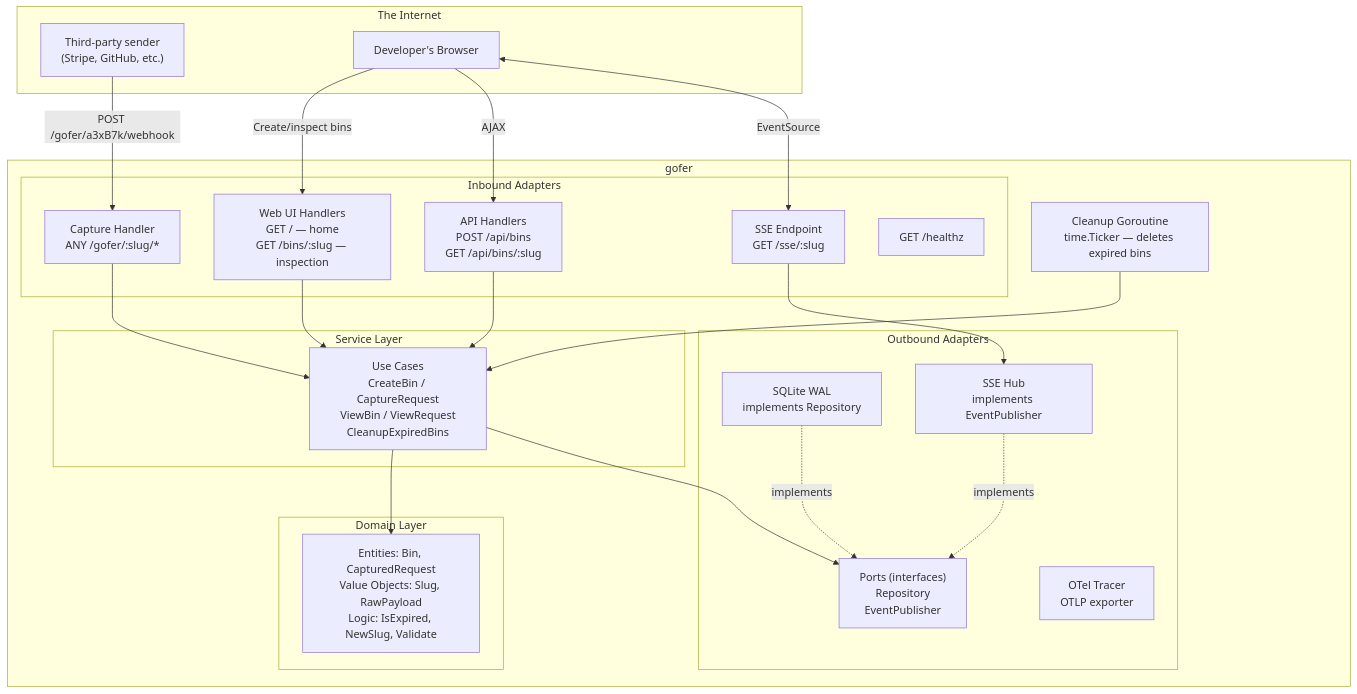
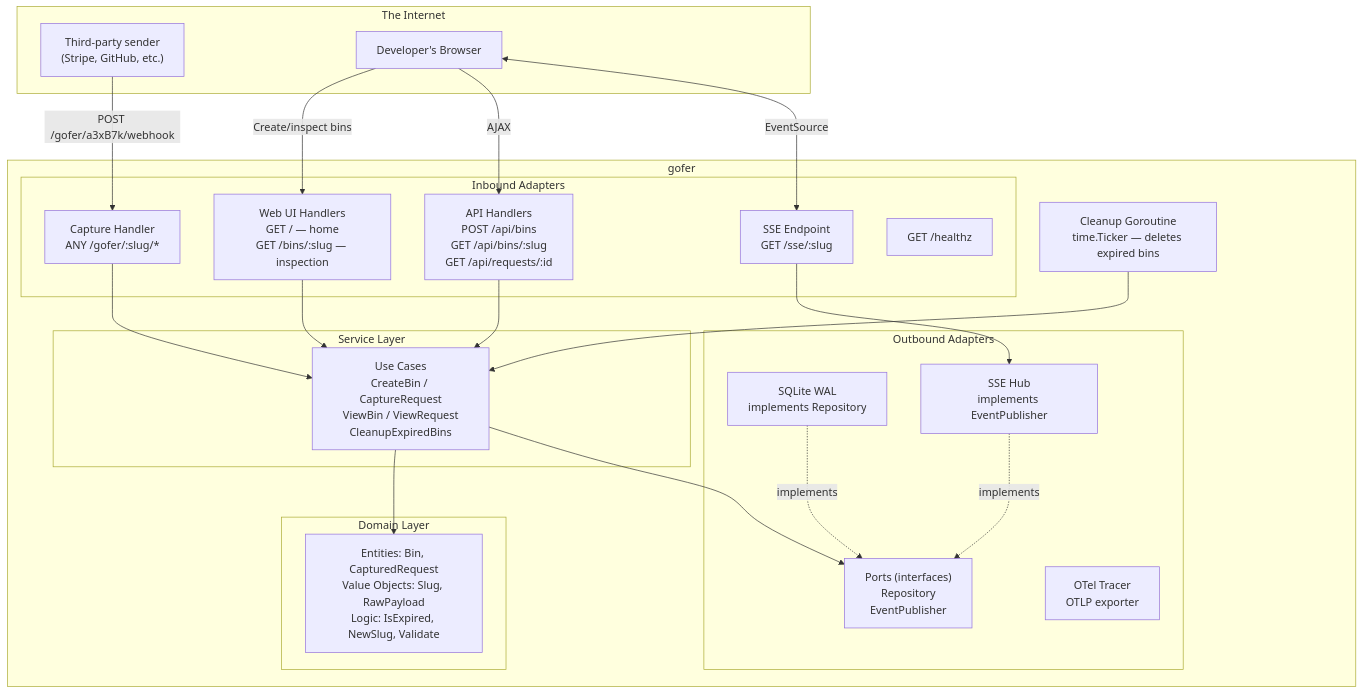
One commit to w-h-a/gofer changed the first of 2 diagrams in README.md. Above: the diagram before and after it, drawn with Mermaid.

Commit message:
docs: update README with missing api endpoint (#11)

````diff
--- a/README.md
+++ b/README.md
@@ -25,52 +25,52 @@
 ```mermaid
 graph TB
     subgraph "The Internet"
         STRIPE["Third-party sender<br/>(Stripe, GitHub, etc.)"]
         BROWSER["Developer's Browser"]
     end
 
     subgraph "gofer"
 
         subgraph "Inbound Adapters"
             WEB_UI["Web UI Handlers<br/>GET / — home<br/>GET /bins/:slug — inspection"]
-            API["API Handlers<br/>POST /api/bins<br/>GET /api/bins/:slug"]
+            API["API Handlers<br/>POST /api/bins<br/>GET /api/bins/:slug<br/>GET /api/requests/:id"]
             CAPTURE["Capture Handler<br/>ANY /gofer/:slug/*"]
             SSE_EP["SSE Endpoint<br/>GET /sse/:slug"]
             HEALTH["GET /healthz"]
         end
 
         subgraph "Service Layer"
             UC["Use Cases<br/>CreateBin / CaptureRequest<br/>ViewBin / ViewRequest<br/>CleanupExpiredBins"]
         end
 
         subgraph "Domain Layer"
             ENT["Entities: Bin, CapturedRequest<br/>Value Objects: Slug, RawPayload<br/>Logic: IsExpired, NewSlug, Validate"]
         end
 
         subgraph "Outbound Adapters"
             PORTS["Ports (interfaces)<br/>Repository<br/>EventPublisher"]
             SQLITE["SQLite WAL<br/>implements Repository"]
             HUB["SSE Hub<br/>implements EventPublisher"]
             OTEL["OTel Tracer<br/>OTLP exporter"]
         end
 
         CLEANUP["Cleanup Goroutine<br/>time.Ticker — deletes expired bins"]
     end
 
     STRIPE -->|"POST /gofer/a3xB7k/webhook"| CAPTURE
     BROWSER -->|"Create/inspect bins"| WEB_UI
     BROWSER -->|"AJAX"| API
     BROWSER <-->|"EventSource"| SSE_EP
 
     WEB_UI --> UC
     API --> UC
     CAPTURE --> UC
     SSE_EP --> HUB
 
     UC --> ENT
     UC --> PORTS
 
     SQLITE -.->|implements| PORTS
     HUB -.->|implements| PORTS
     CLEANUP --> UC
 ```
````
